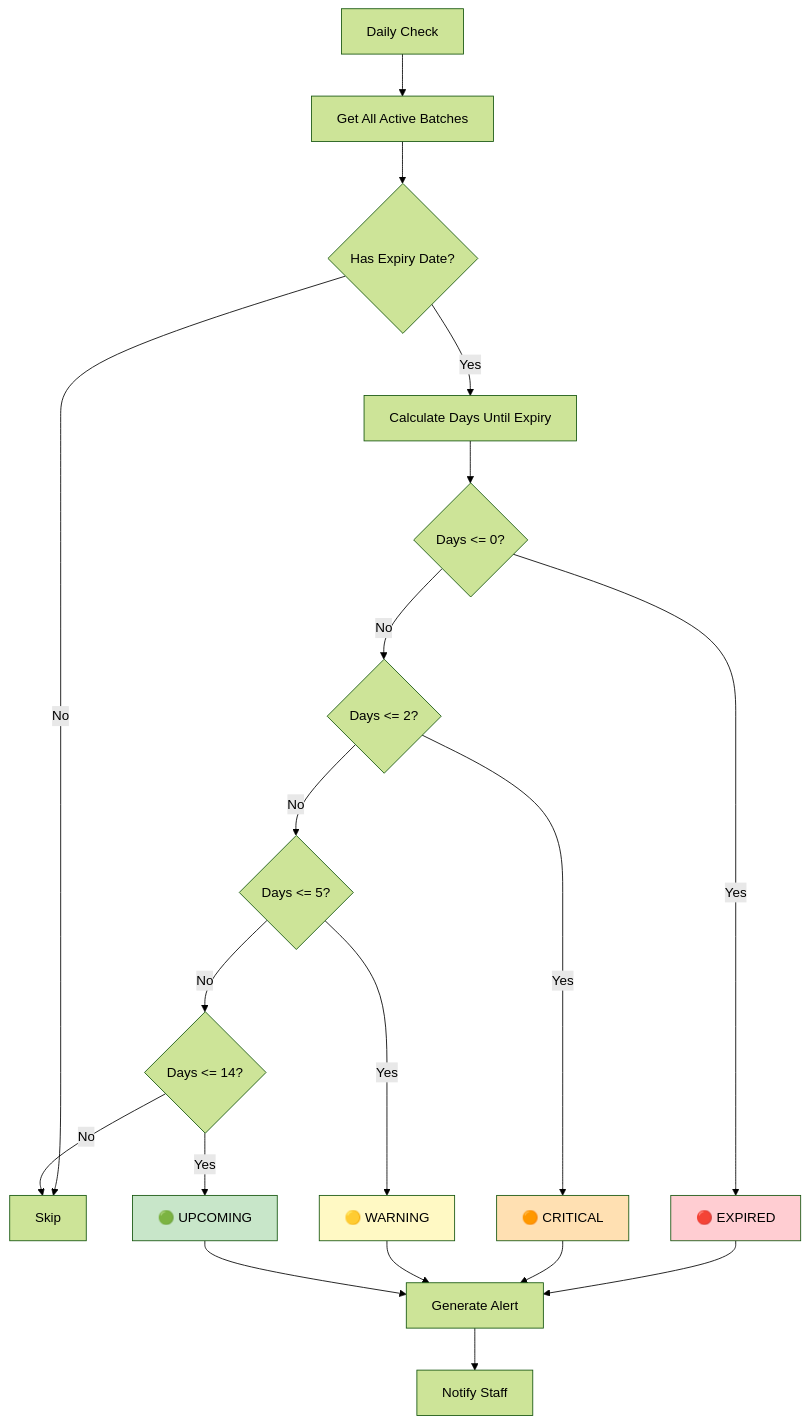
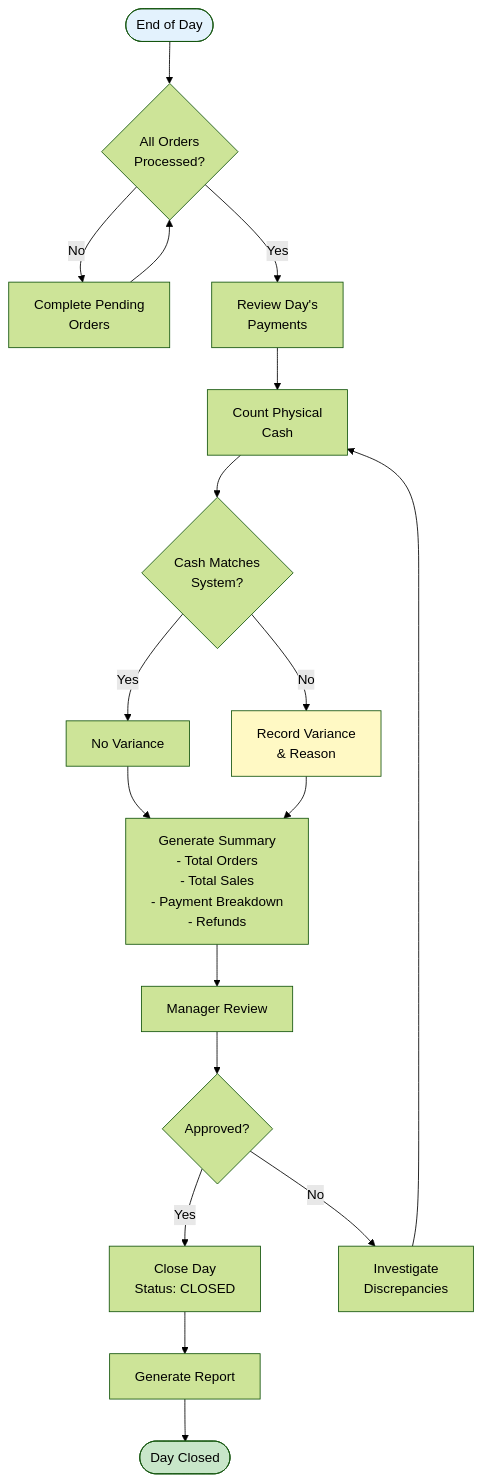
One commit to justflowerdelhi/floraprise changed the sixth of 9 diagrams in README.md. Above: the diagram before and after it, drawn with Mermaid (forest theme). The commit also changed other lines of this file and 66 other files, not shown here.

````diff
--- a/README.md
+++ b/README.md
@@ -449,26 +338,38 @@
 ```mermaid
 flowchart TD
-    A[Daily Check] --> B[Get All Active Batches]
-    B --> C{Has Expiry Date?}
-    C -->|No| D[Skip]
-    C -->|Yes| E[Calculate Days Until Expiry]
-    E --> F{Days <= 0?}
-    F -->|Yes| G[🔴 EXPIRED]
-    F -->|No| H{Days <= 2?}
-    H -->|Yes| I[🟠 CRITICAL]
-    H -->|No| J{Days <= 5?}
-    J -->|Yes| K[🟡 WARNING]
-    J -->|No| L{Days <= 14?}
-    L -->|Yes| M[🟢 UPCOMING]
-    L -->|No| D
-    G --> N[Generate Alert]
-    I --> N
-    K --> N
-    M --> N
-    N --> O[Notify Staff]
-    
-    style G fill:#ffcdd2
-    style I fill:#ffe0b2
-    style K fill:#fff9c4
-    style M fill:#c8e6c9
+    START([End of Day]) --> CHECK{All Orders<br/>Processed?}
+
+    CHECK -->|No| PENDING[Complete Pending<br/>Orders]
+    PENDING --> CHECK
+
+    CHECK -->|Yes| PAYMENTS[Review Day's<br/>Payments]
+
+    PAYMENTS --> CASH_COUNT[Count Physical<br/>Cash]
+
+    CASH_COUNT --> COMPARE{Cash Matches<br/>System?}
+
+    COMPARE -->|Yes| MATCH[No Variance]
+    COMPARE -->|No| VARIANCE[Record Variance<br/>& Reason]
+
+    MATCH --> SUMMARY
+    VARIANCE --> SUMMARY
+
+    SUMMARY[Generate Summary<br/>- Total Orders<br/>- Total Sales<br/>- Payment Breakdown<br/>- Refunds]
+
+    SUMMARY --> REVIEW[Manager Review]
+
+    REVIEW --> APPROVE{Approved?}
+
+    APPROVE -->|Yes| CLOSE[Close Day<br/>Status: CLOSED]
+    APPROVE -->|No| INVESTIGATE[Investigate<br/>Discrepancies]
+
+    INVESTIGATE --> CASH_COUNT
+
+    CLOSE --> REPORT[Generate Report]
+
+    REPORT --> DONE([Day Closed])
+
+    style START fill:#e3f2fd
+    style DONE fill:#c8e6c9
+    style VARIANCE fill:#fff9c4
 ```
````
